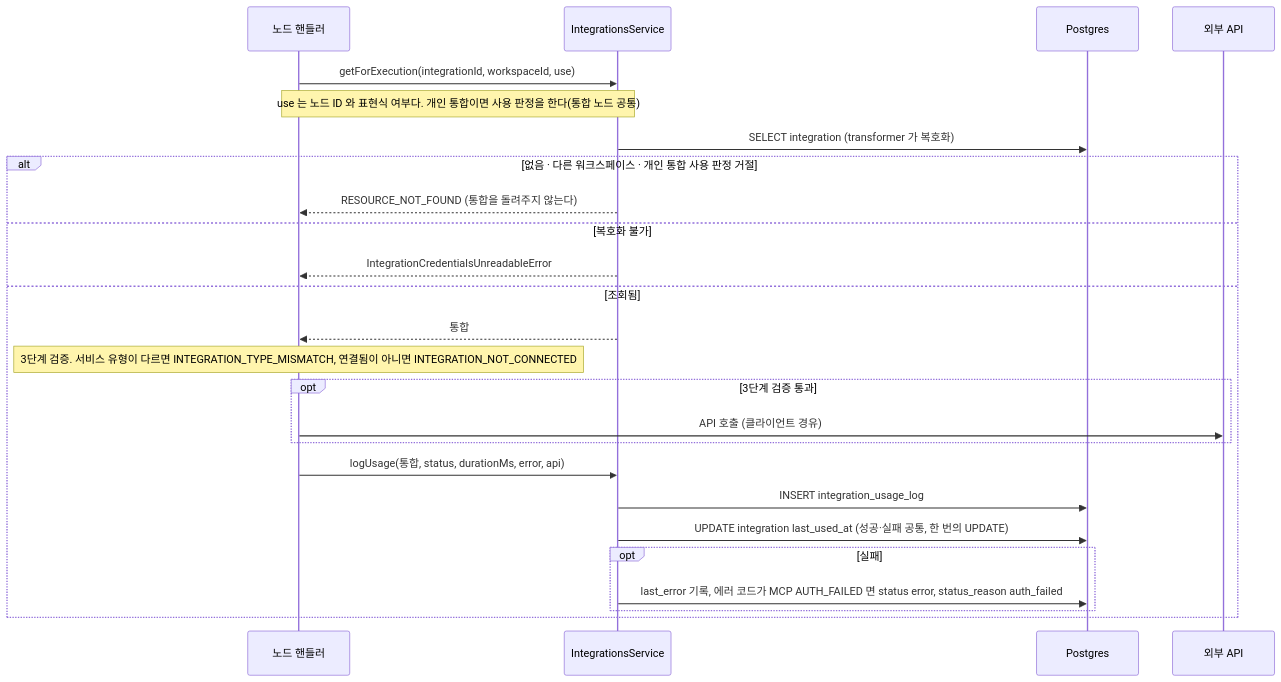
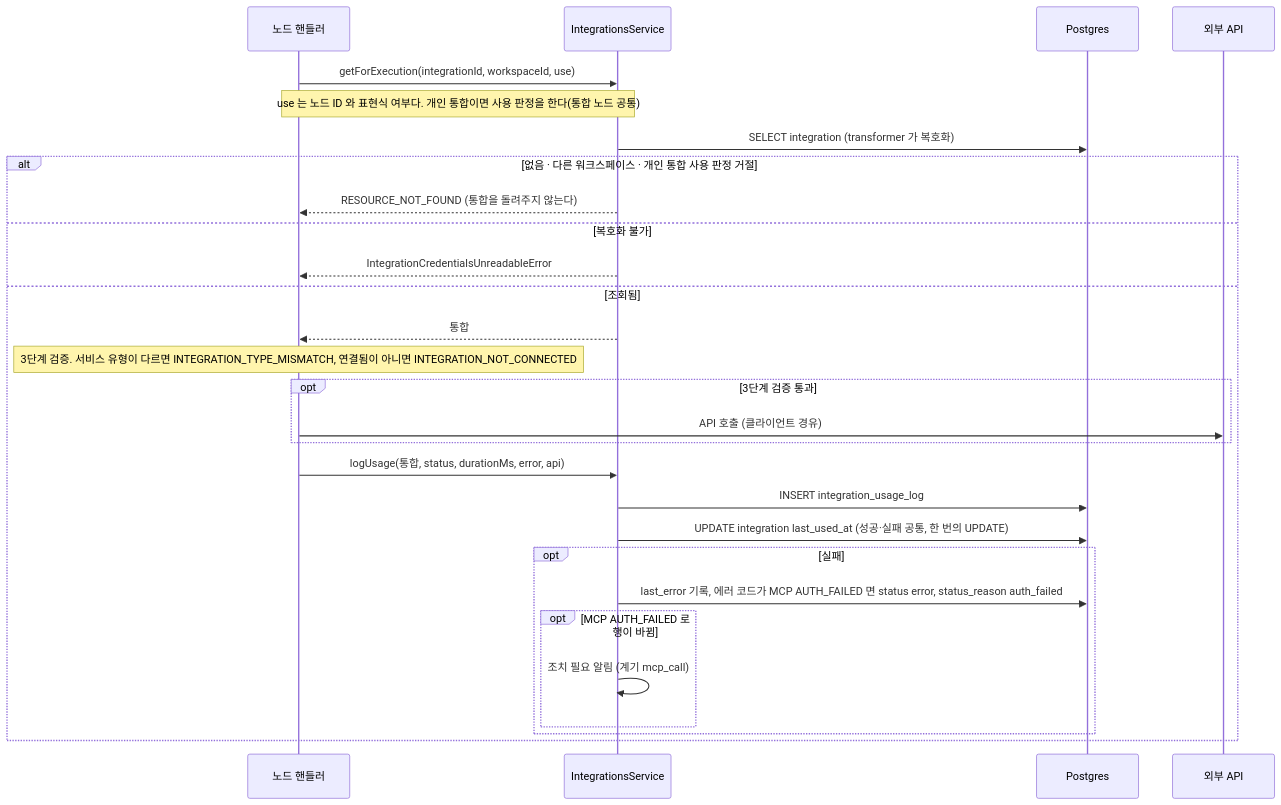
Before and after one commit to worker-ants/clemvion: the diagram in spec/CLE-INT/CLE-INT-DATA-RUN.md, drawn with Mermaid. The commit also changed other lines of this file and 10 other files, not shown here.

````diff
--- a/spec/CLE-INT/CLE-INT-DATA-RUN.md
+++ b/spec/CLE-INT/CLE-INT-DATA-RUN.md
@@ -29,27 +29,30 @@
 ```mermaid
 sequenceDiagram
   participant H as 노드 핸들러
   participant Svc as IntegrationsService
   participant PG as Postgres
   participant Ext as 외부 API
   H->>Svc: getForExecution(integrationId, workspaceId, use)
   Note over H,Svc: use 는 노드 ID 와 표현식 여부다. 개인 통합이면 사용 판정을 한다(통합 노드 공통)
   Svc->>PG: SELECT integration (transformer 가 복호화)
   alt 없음 · 다른 워크스페이스 · 개인 통합 사용 판정 거절
     Svc-->>H: RESOURCE_NOT_FOUND (통합을 돌려주지 않는다)
   else 복호화 불가
     Svc-->>H: IntegrationCredentialsUnreadableError
   else 조회됨
     Svc-->>H: 통합
     Note over H: 3단계 검증. 서비스 유형이 다르면 INTEGRATION_TYPE_MISMATCH, 연결됨이 아니면 INTEGRATION_NOT_CONNECTED
     opt 3단계 검증 통과
       H->>Ext: API 호출 (클라이언트 경유)
     end
     H->>Svc: logUsage(통합, status, durationMs, error, api)
     Svc->>PG: INSERT integration_usage_log
     Svc->>PG: UPDATE integration last_used_at (성공·실패 공통, 한 번의 UPDATE)
     opt 실패
       Svc->>PG: last_error 기록, 에러 코드가 MCP AUTH_FAILED 면 status error, status_reason auth_failed
+      opt MCP AUTH_FAILED 로 행이 바뀜
+        Svc->>Svc: 조치 필요 알림 (계기 mcp_call)
+      end
     end
   end
 ```
````
